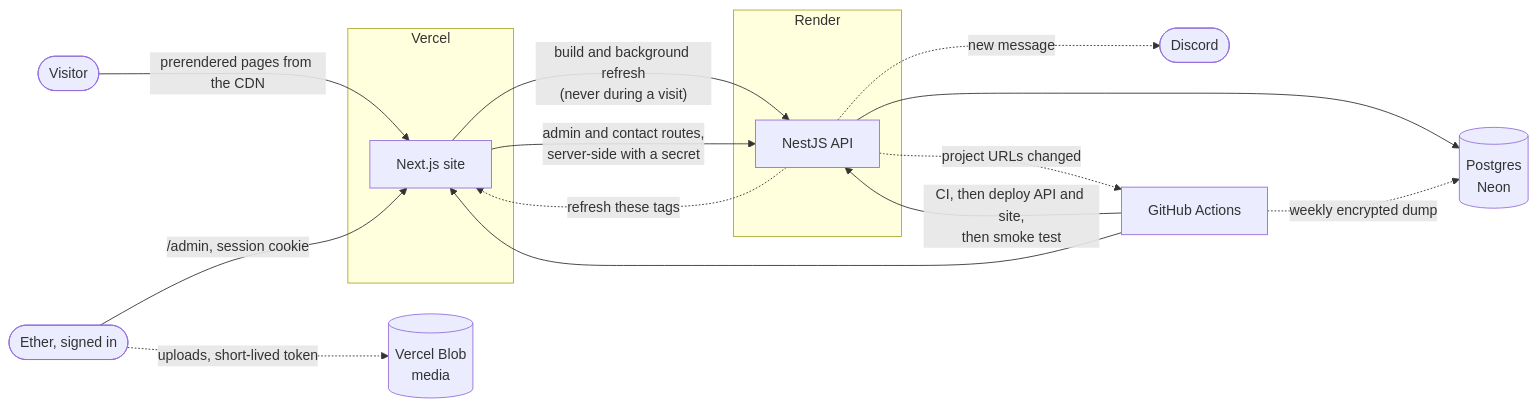
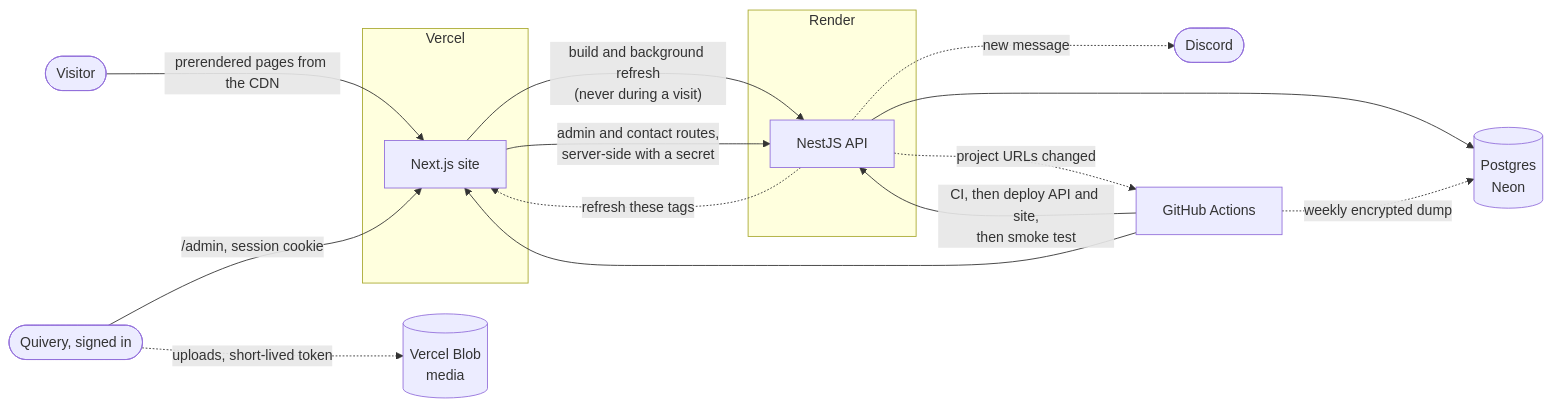
Before and after one commit to qvyra/quivery-portfolio: the diagram in README.md, drawn with Mermaid. The commit also changed other lines of this file and 11 other files, not shown here.

First line of the commit message:
chore: go by quivery instead of ether

````diff
--- a/README.md
+++ b/README.md
@@ -37,24 +37,24 @@
 ```mermaid
 flowchart LR
   subgraph Vercel
     web["Next.js site"]
   end
   subgraph Render
     api["NestJS API"]
   end
 
   visitor(["Visitor"]) -->|prerendered pages from the CDN| web
-  admin(["Ether, signed in"]) -->|"/admin, session cookie"| web
+  admin(["Quivery, signed in"]) -->|"/admin, session cookie"| web
   admin -. "uploads, short-lived token" .-> blob[("Vercel Blob<br/>media")]
 
   web -->|"build and background refresh<br/>(never during a visit)"| api
   web -->|"admin and contact routes,<br/>server-side with a secret"| api
   api --> db[("Postgres<br/>Neon")]
   api -. "refresh these tags" .-> web
   api -. "new message" .-> discord([Discord])
   api -. "project URLs changed" .-> gha
 
   gha["GitHub Actions"] -->|"CI, then deploy API and site,<br/>then smoke test"| api
   gha --> web
   gha -. "weekly encrypted dump" .-> db
 ```
````
